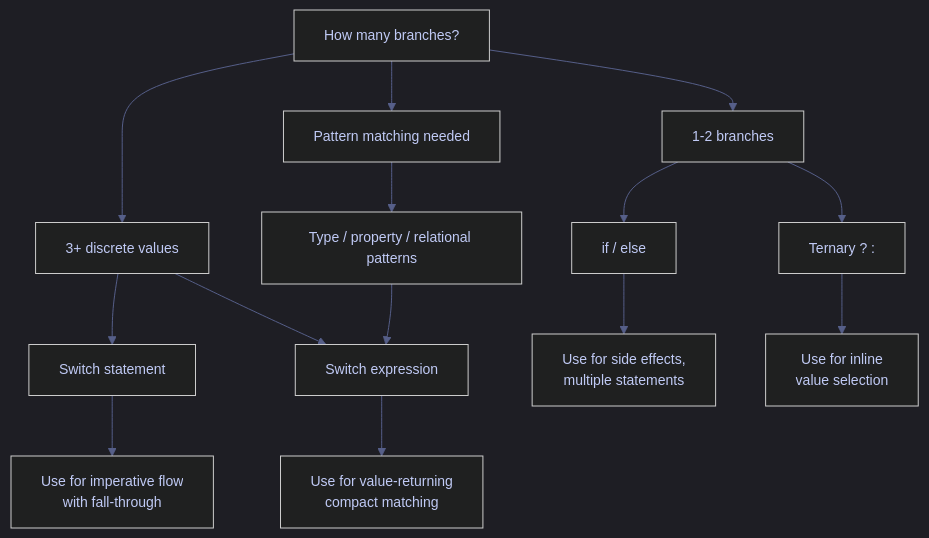
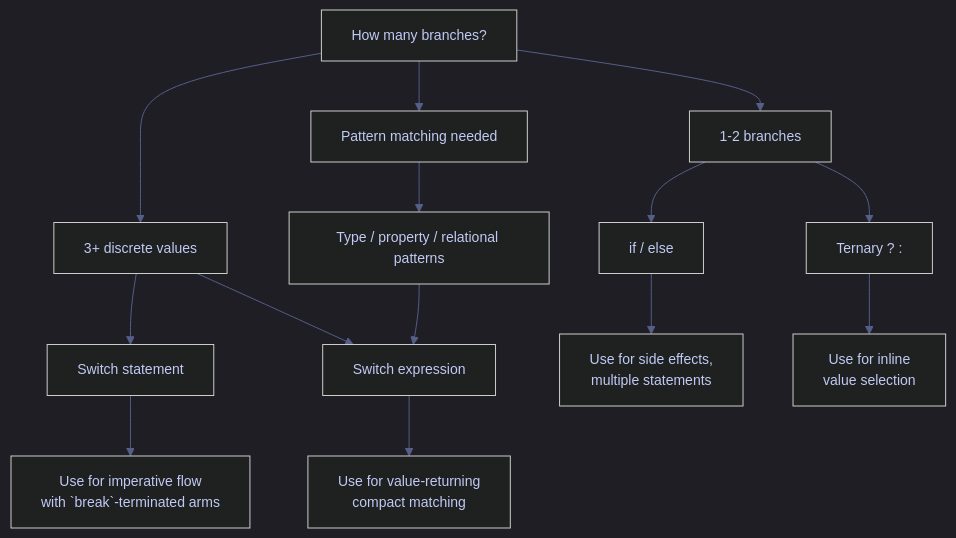
One commit to alp78/elysium changed the first of 2 diagrams in content/02-Programming-Languages/02-CSharp/03-cs-control-flow.md. Above: the diagram before and after it, drawn with Mermaid. The commit also changed other lines of this file and 46 other files, not shown here.

````diff
--- a/content/02-Programming-Languages/02-CSharp/03-cs-control-flow.md
+++ b/content/02-Programming-Languages/02-CSharp/03-cs-control-flow.md
@@ -223,28 +151,28 @@
 ```mermaid
 %%{init: {'theme': 'dark', 'themeVariables': {
   'primaryColor': '#292e42',
   'primaryTextColor': '#c0caf5',
   'primaryBorderColor': '#565f89',
   'lineColor': '#565f89',
   'secondaryColor': '#1a1b26',
   'tertiaryColor': '#24283b',
   'noteTextColor': '#c0caf5',
   'noteBkgColor': '#292e42',
   'textColor': '#c0caf5',
   'fontSize': '14px'
 }}}%%
 flowchart TD
     A["How many branches?"] --> B["1-2 branches"]
     A --> C["3+ discrete values"]
     A --> D["Pattern matching needed"]
     B --> E["if / else"]
     B --> F["Ternary ? :"]
     C --> G["Switch statement"]
     C --> H["Switch expression"]
     D --> I["Type / property / relational patterns"]
     E --> J["Use for side effects,<br/>multiple statements"]
     F --> K["Use for inline<br/>value selection"]
-    G --> L["Use for imperative flow<br/>with fall-through"]
+    G --> L["Use for imperative flow<br/>with `break`-terminated arms"]
     H --> M["Use for value-returning<br/>compact matching"]
     I --> H
 ```
````
